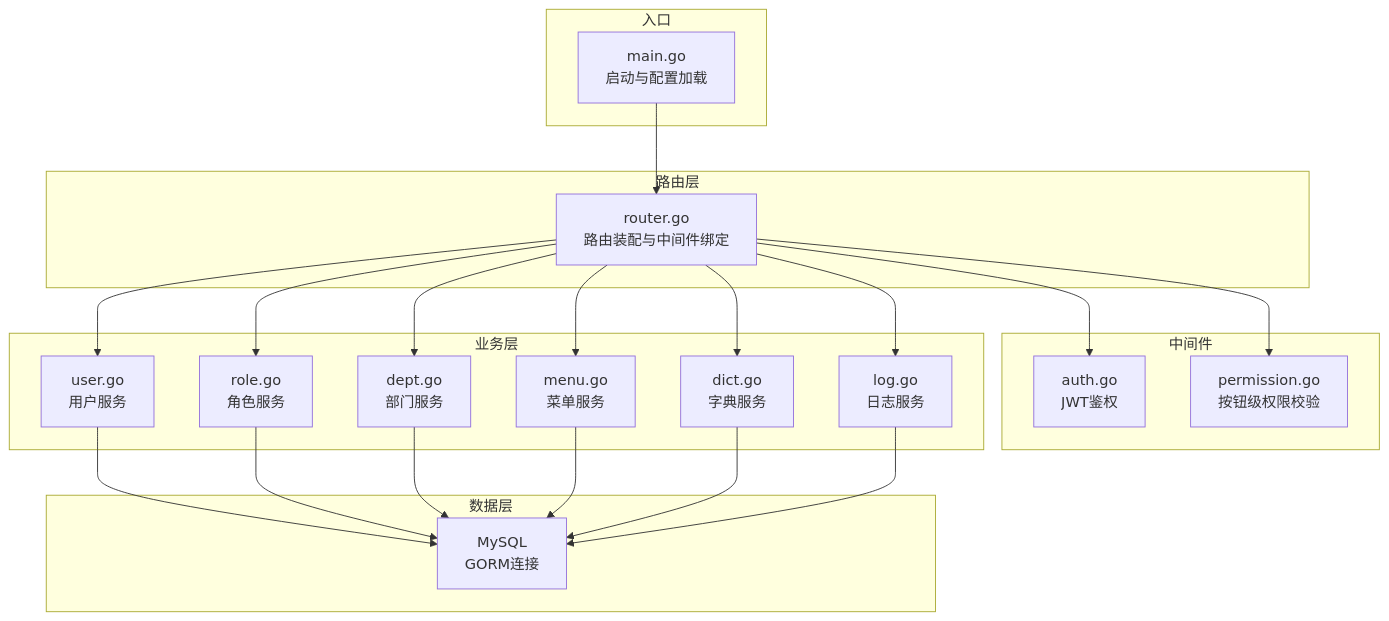
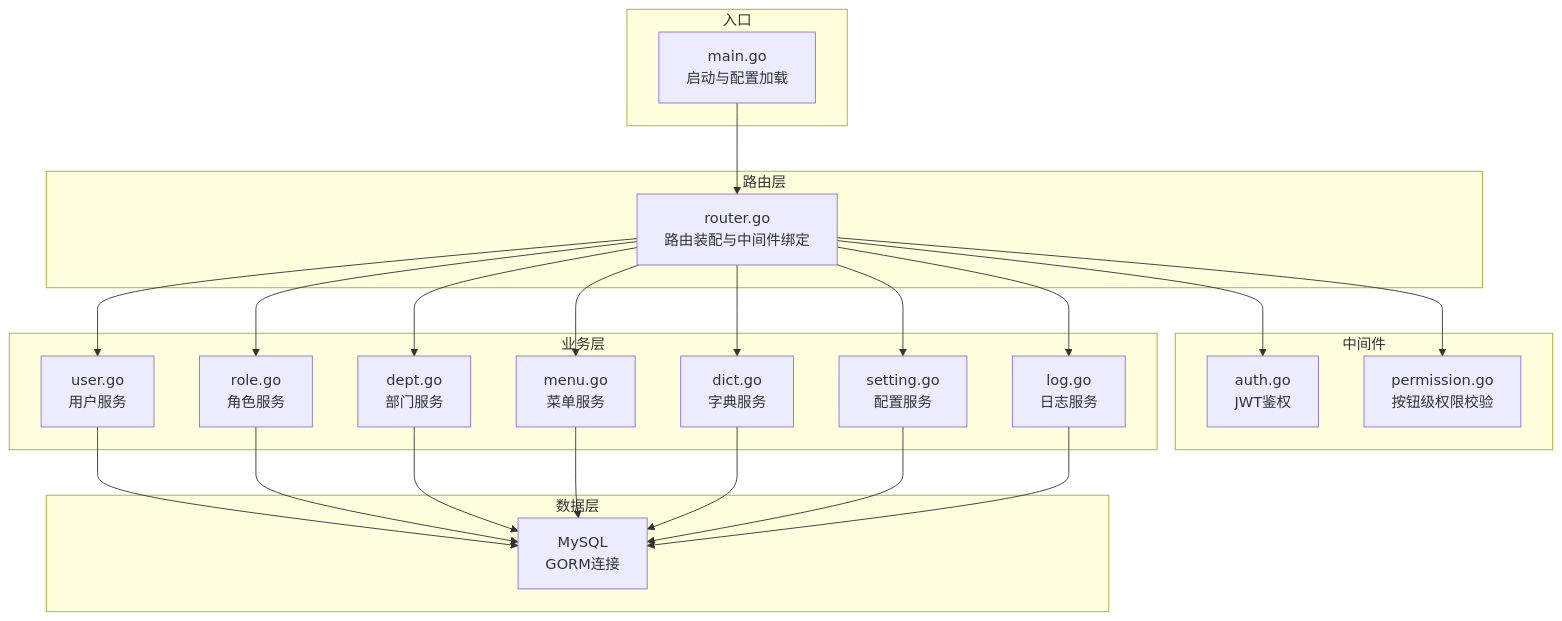
Before and after one commit to knifezred/boread: the first of 11 diagrams in .qoder/repowiki/zh/content/API接口文档/系统管理API/系统管理API.md, drawn with Mermaid. The commit also changed other lines of this file and 16 other files, not shown here.

````diff
--- a/.qoder/repowiki/zh/content/API接口文档/系统管理API/系统管理API.md
+++ b/.qoder/repowiki/zh/content/API接口文档/系统管理API/系统管理API.md
@@ -41,39 +42,42 @@
 ```mermaid
 graph TB
 subgraph "入口"
 M["main.go<br/>启动与配置加载"]
 end
 subgraph "路由层"
 R["router.go<br/>路由装配与中间件绑定"]
 end
 subgraph "中间件"
 A["auth.go<br/>JWT鉴权"]
 P["permission.go<br/>按钮级权限校验"]
 end
 subgraph "业务层"
 U["user.go<br/>用户服务"]
 RO["role.go<br/>角色服务"]
 D["dept.go<br/>部门服务"]
 ME["menu.go<br/>菜单服务"]
 DI["dict.go<br/>字典服务"]
+SE["setting.go<br/>配置服务"]
 L["log.go<br/>日志服务"]
 end
 subgraph "数据层"
 DB["MySQL<br/>GORM连接"]
 end
 M --> R
 R --> A
 R --> P
 R --> U
 R --> RO
 R --> D
 R --> ME
 R --> DI
+R --> SE
 R --> L
 U --> DB
 RO --> DB
 D --> DB
 ME --> DB
 DI --> DB
+SE --> DB
 L --> DB
 ```
````
